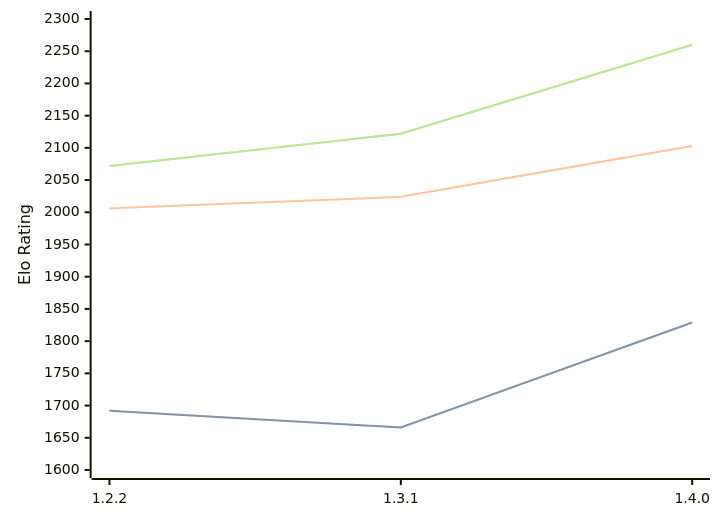
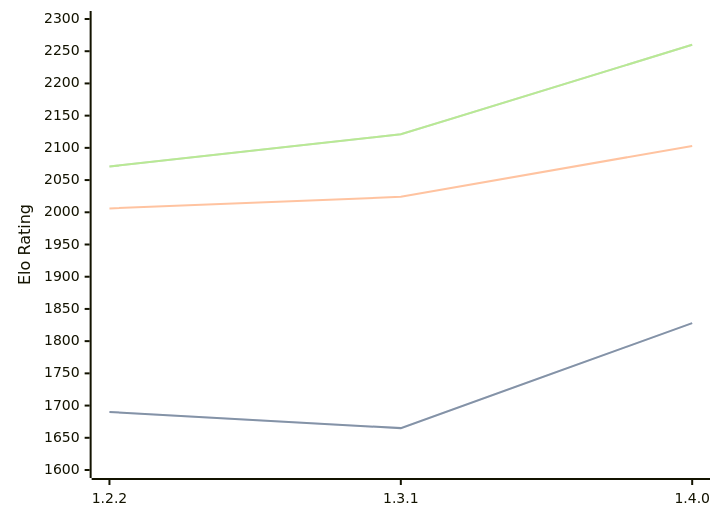
One commit to computer-chess-index/cci changed the diagram in engines/SoloEngine.md. Above: the diagram before and after it, drawn with Mermaid. The commit also changed other lines of this file, not shown here.

Commit message:
Update CCI Ratings (ELO VLTC) - 2026-02-18

````diff
--- a/engines/SoloEngine.md
+++ b/engines/SoloEngine.md
@@ -30,11 +30,11 @@
 ```mermaid
 %%{init: {"theme":"base","themeVariables":{"seriesColors:['#a3a3a3','#222221','#faa371']}}}%%
 xychart-beta
   x-axis ["1.2.2", "1.3.1", "1.4.0"]
   y-axis "Elo Rating" 1600 --> 2300
-  line "STC (8.0+0.08s)" [1692, 1666, 1829]
-  line "STC (8.0+0.08s)" [1692, 1666, 1829]
+  line "STC (8.0+0.08s)" [1690, 1665, 1828]
+  line "STC (8.0+0.08s)" [1690, 1665, 1828]
   line "LTC (60.0+0.60s)" [2006, 2024, 2103]
-  line "VLTC (2m24s+1.12s)" [2072, 2122, 2260]
-  line "VLTC (2m24s+1.12s)" [2072, 2122, 2260]
+  line "VLTC (2m24s+1.12s)" [2071, 2121, 2260]
+  line "VLTC (2m24s+1.12s)" [2071, 2121, 2260]
 ```
````
